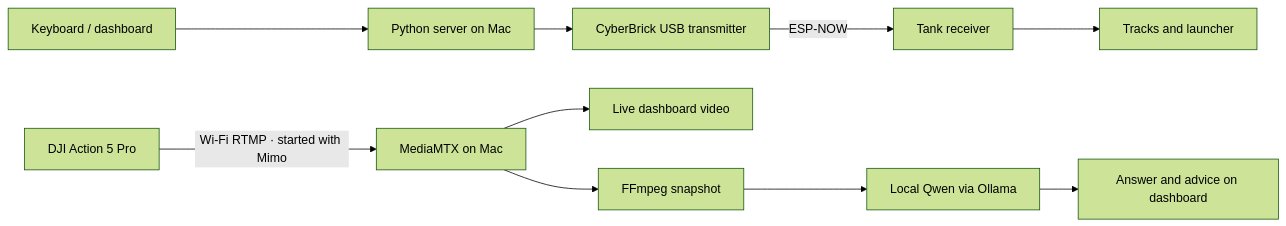
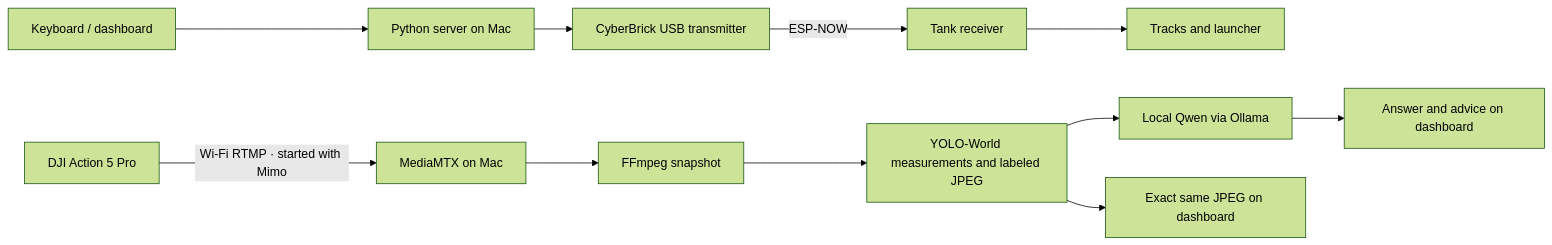
The diagram in README.md (ameyarya/ai-driven-mini-t), drawn with Mermaid (forest theme) before and after one commit. The commit also changed other lines of this file and 7 other files, not shown here.

Commit message:
Send labeled detector frames to Qwen and display exact verified input

````diff
--- a/README.md
+++ b/README.md
@@ -29,12 +29,13 @@
 ```mermaid
 flowchart LR
     K[Keyboard / dashboard] --> S[Python server on Mac]
     S --> T[CyberBrick USB transmitter]
     T -->|ESP-NOW| R[Tank receiver]
     R --> M[Tracks and launcher]
     C[DJI Action 5 Pro] -->|Wi-Fi RTMP · started with Mimo| V[MediaMTX on Mac]
-    V --> D[Live dashboard video]
     V --> F[FFmpeg snapshot]
-    F --> Q[Local Qwen via Ollama]
+    F --> L[YOLO-World measurements and labeled JPEG]
+    L --> Q[Local Qwen via Ollama]
+    L --> D[Exact same JPEG on dashboard]
     Q --> A[Answer and advice on dashboard]
 ```
````
